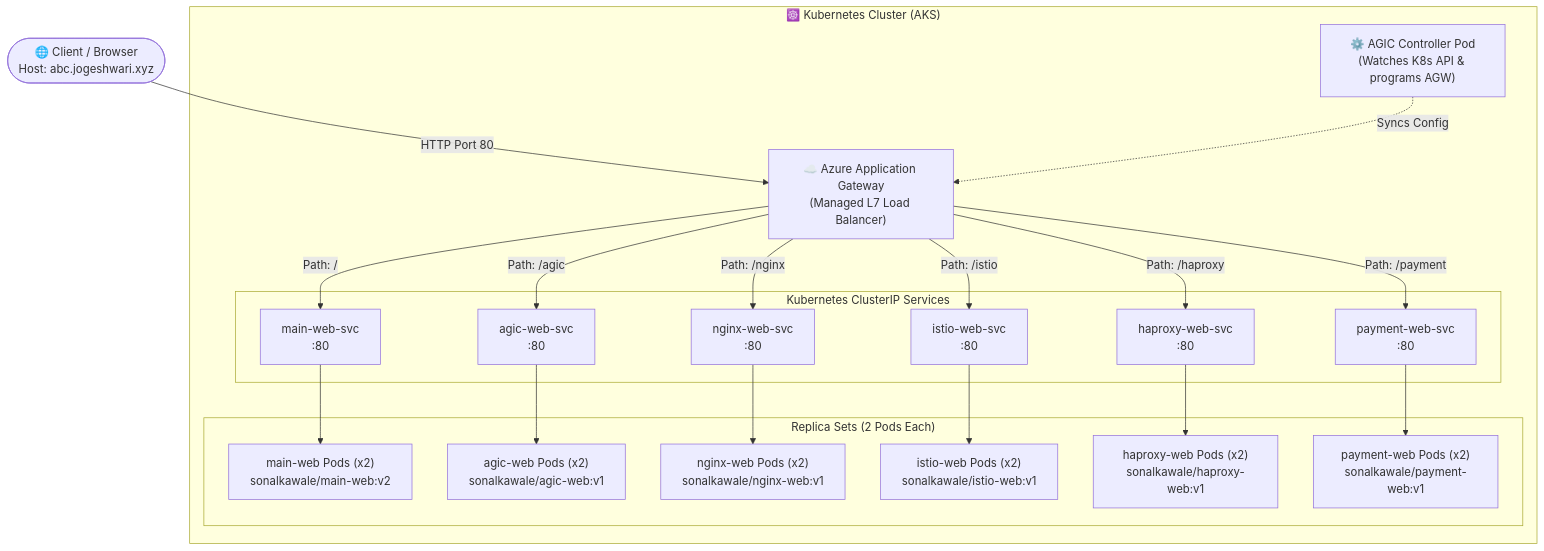
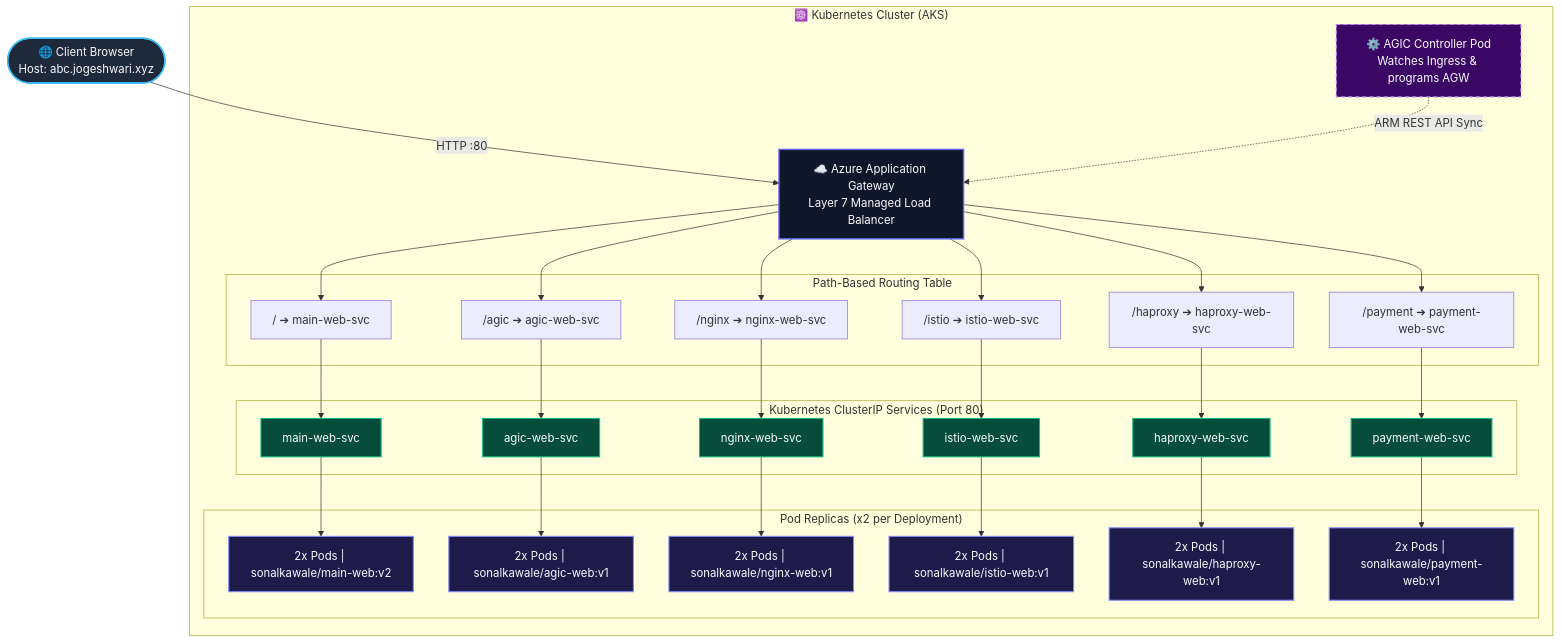
The diagram in README.md (sonalkawale3/kubernetes_practice), drawn with Mermaid before and after one commit. The commit also changed other lines of this file, not shown here.

````diff
--- a/README.md
+++ b/README.md
@@ -46,33 +106,48 @@
 ```mermaid
 flowchart TD
-    Client(["🌐 Client / Browser\nHost: abc.jogeshwari.xyz"]) -->|HTTP Port 80| AGW["☁️ Azure Application Gateway\n(Managed L7 Load Balancer)"]
+    classDef clientStyle fill:#1e293b,stroke:#38bdf8,stroke-width:2px,color:#f8fafc;
+    classDef gatewayStyle fill:#0f172a,stroke:#6366f1,stroke-width:2px,color:#f8fafc;
+    classDef svcStyle fill:#064e3b,stroke:#10b981,stroke-width:1.5px,color:#f8fafc;
+    classDef podStyle fill:#1e1b4b,stroke:#818cf8,stroke-width:1.5px,color:#f8fafc;
+    classDef ctrlStyle fill:#3b0764,stroke:#c084fc,stroke-width:1.5px,stroke-dasharray: 5 5,color:#f8fafc;
 
-    subgraph K8S ["☸️ Kubernetes Cluster (AKS)"]
-        AGIC["⚙️ AGIC Controller Pod\n(Watches K8s API & programs AGW)"] -.->|Syncs Config| AGW
+    Client(["🌐 Client Browser\nHost: abc.jogeshwari.xyz"]):::clientStyle -->|HTTP :80| AGW["☁️ Azure Application Gateway\nLayer 7 Managed Load Balancer"]:::gatewayStyle
 
-        subgraph Services ["Kubernetes ClusterIP Services"]
-            SVC_MAIN["main-web-svc\n:80"]
-            SVC_AGIC["agic-web-svc\n:80"]
-            SVC_NGINX["nginx-web-svc\n:80"]
-            SVC_ISTIO["istio-web-svc\n:80"]
-            SVC_HAPROXY["haproxy-web-svc\n:80"]
-            SVC_PAYMENT["payment-web-svc\n:80"]
+    subgraph Cluster ["☸️ Kubernetes Cluster (AKS)"]
+        AGIC["⚙️ AGIC Controller Pod\nWatches Ingress & programs AGW"]:::ctrlStyle -.->|ARM REST API Sync| AGW
+
+        subgraph IngressRouting ["Path-Based Routing Table"]
+            R_ROOT["/ ➔ main-web-svc"]
+            R_AGIC["/agic ➔ agic-web-svc"]
+            R_NGINX["/nginx ➔ nginx-web-svc"]
+            R_ISTIO["/istio ➔ istio-web-svc"]
+            R_HAPROXY["/haproxy ➔ haproxy-web-svc"]
+            R_PAYMENT["/payment ➔ payment-web-svc"]
         end
 
-        subgraph Pods ["Replica Sets (2 Pods Each)"]
-            POD_MAIN["main-web Pods (x2)\nsonalkawale/main-web:v2"]
-            POD_AGIC["agic-web Pods (x2)\nsonalkawale/agic-web:v1"]
-            POD_NGINX["nginx-web Pods (x2)\nsonalkawale/nginx-web:v1"]
-            POD_ISTIO["istio-web Pods (x2)\nsonalkawale/istio-web:v1"]
-            POD_HAPROXY["haproxy-web Pods (x2)\nsonalkawale/haproxy-web:v1"]
-            POD_PAYMENT["payment-web Pods (x2)\nsonalkawale/payment-web:v1"]
+        subgraph Services ["Kubernetes ClusterIP Services (Port 80)"]
+            SVC_MAIN["main-web-svc"]:::svcStyle
+            SVC_AGIC["agic-web-svc"]:::svcStyle
+            SVC_NGINX["nginx-web-svc"]:::svcStyle
+            SVC_ISTIO["istio-web-svc"]:::svcStyle
+            SVC_HAPROXY["haproxy-web-svc"]:::svcStyle
+            SVC_PAYMENT["payment-web-svc"]:::svcStyle
+        end
+
+        subgraph Deployments ["Pod Replicas (x2 per Deployment)"]
+            POD_MAIN["2x Pods | sonalkawale/main-web:v2"]:::podStyle
+            POD_AGIC["2x Pods | sonalkawale/agic-web:v1"]:::podStyle
+            POD_NGINX["2x Pods | sonalkawale/nginx-web:v1"]:::podStyle
+            POD_ISTIO["2x Pods | sonalkawale/istio-web:v1"]:::podStyle
+            POD_HAPROXY["2x Pods | sonalkawale/haproxy-web:v1"]:::podStyle
+            POD_PAYMENT["2x Pods | sonalkawale/payment-web:v1"]:::podStyle
         end
     end
 
-    AGW -->|Path: /| SVC_MAIN --> POD_MAIN
-    AGW -->|Path: /agic| SVC_AGIC --> POD_AGIC
-    AGW -->|Path: /nginx| SVC_NGINX --> POD_NGINX
-    AGW -->|Path: /istio| SVC_ISTIO --> POD_ISTIO
-    AGW -->|Path: /haproxy| SVC_HAPROXY --> POD_HAPROXY
-    AGW -->|Path: /payment| SVC_PAYMENT --> POD_PAYMENT
+    AGW --> R_ROOT --> SVC_MAIN --> POD_MAIN
+    AGW --> R_AGIC --> SVC_AGIC --> POD_AGIC
+    AGW --> R_NGINX --> SVC_NGINX --> POD_NGINX
+    AGW --> R_ISTIO --> SVC_ISTIO --> POD_ISTIO
+    AGW --> R_HAPROXY --> SVC_HAPROXY --> POD_HAPROXY
+    AGW --> R_PAYMENT --> SVC_PAYMENT --> POD_PAYMENT
 ```
````
